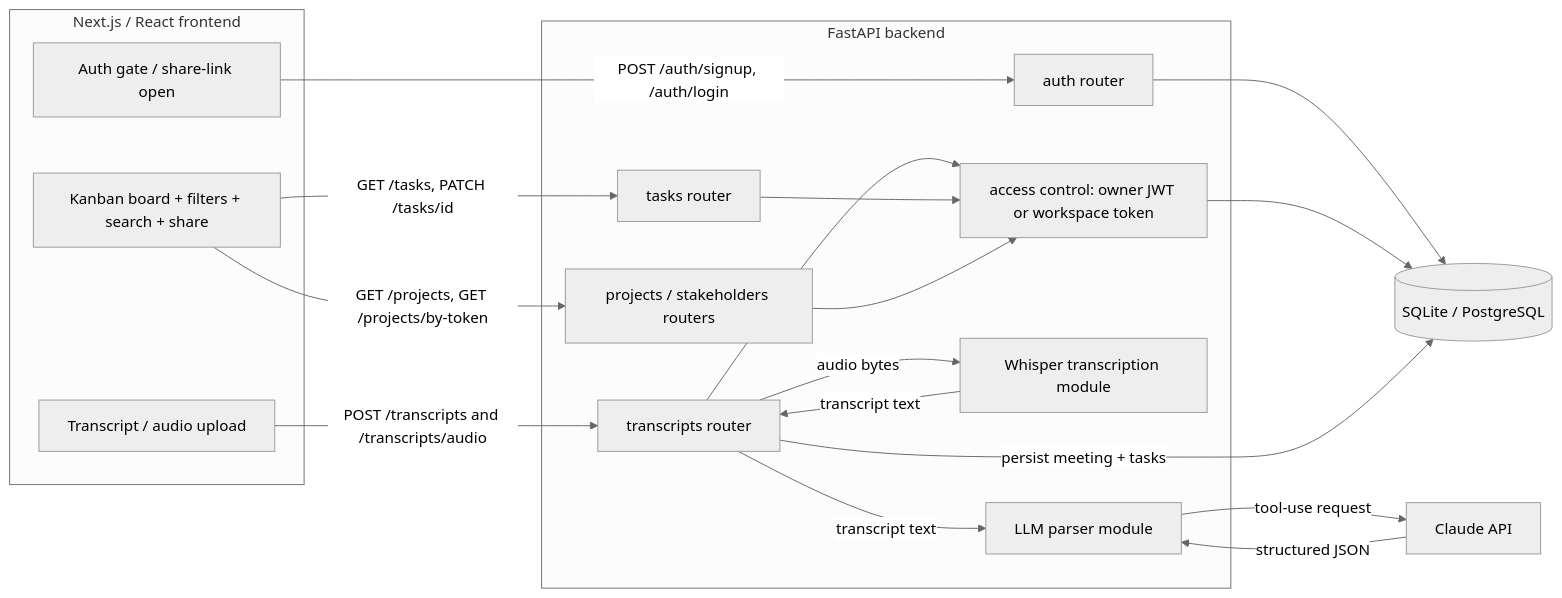
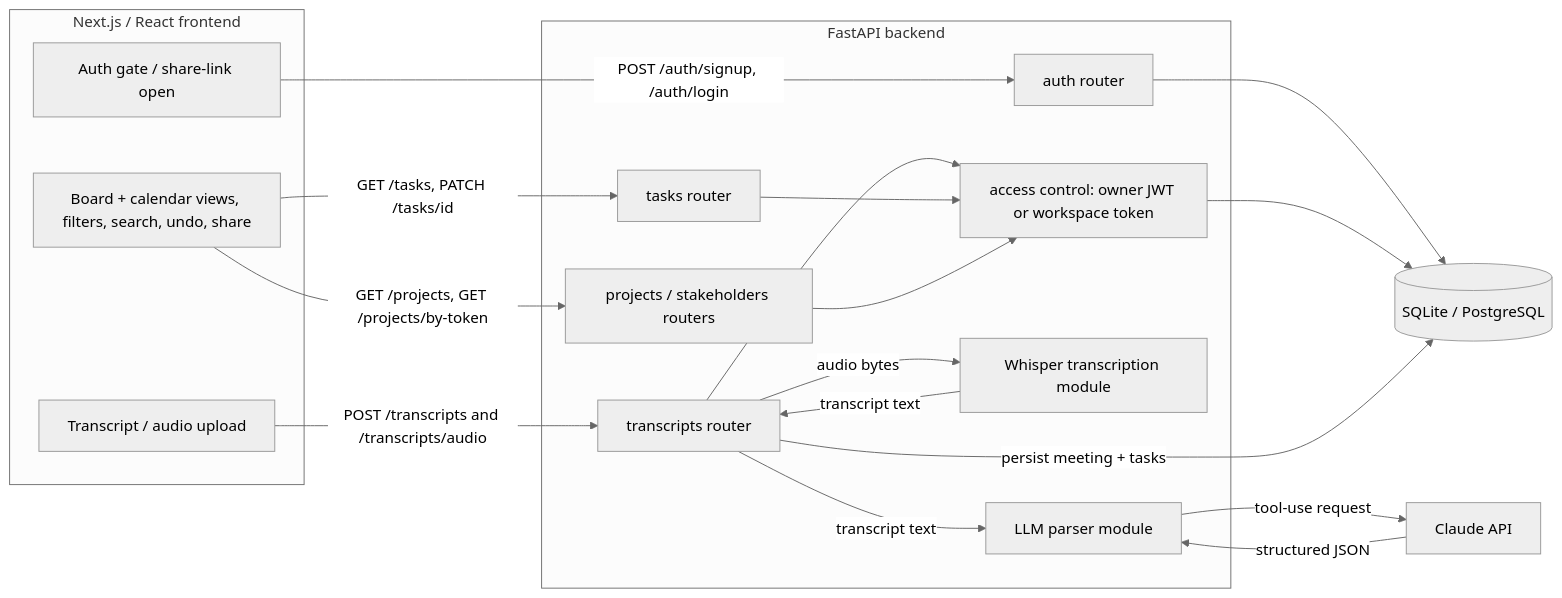
The first of 2 diagrams in docs/architecture.md (chinliong/meeting-orchestrator), drawn with Mermaid (neutral theme) before and after one commit. The commit also changed other lines of this file and 11 other files, not shown here.

First line of the commit message:
Replace canvas view with calendar; add task undo

````diff
--- a/docs/architecture.md
+++ b/docs/architecture.md
@@ -21,37 +23,37 @@
 ```mermaid
 flowchart LR
     subgraph Client[Next.js / React frontend]
         A[Auth gate / share-link open]
         U[Transcript / audio upload]
-        K[Kanban board + filters + search + share]
+        K[Board + calendar views, filters, search, undo, share]
     end
 
     subgraph API[FastAPI backend]
         AU[auth router]
         T[transcripts router]
         TK[tasks router]
         P[projects / stakeholders routers]
         AC[access control: owner JWT or workspace token]
         W[Whisper transcription module]
         L[LLM parser module]
     end
 
     DB[(SQLite / PostgreSQL)]
     C[Claude API]
 
     A -->|POST /auth/signup, /auth/login| AU
     U -->|POST /transcripts and /transcripts/audio| T
     K -->|GET /tasks, PATCH /tasks/id| TK
     K -->|GET /projects, GET /projects/by-token| P
     AU --> DB
     T --> AC
     TK --> AC
     P --> AC
     AC --> DB
     T -->|audio bytes| W
     W -->|transcript text| T
     T -->|transcript text| L
     L -->|tool-use request| C
     C -->|structured JSON| L
     T -->|persist meeting + tasks| DB
 ```
````
